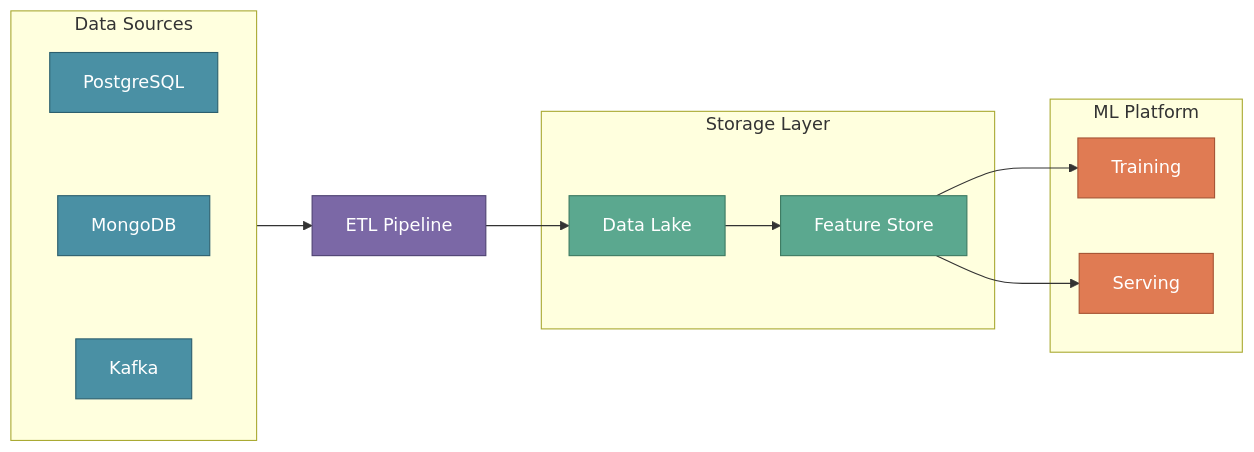
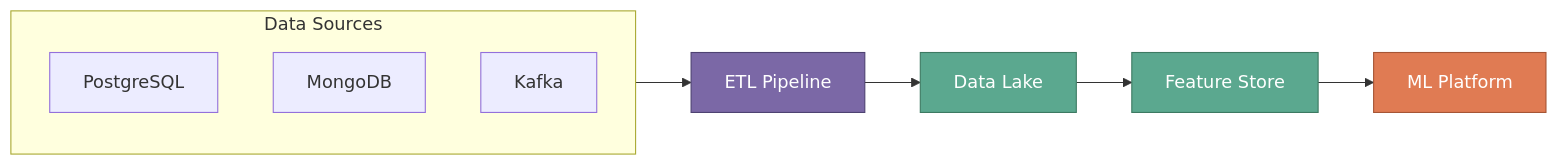
The second of 2 diagrams in docs/mlops/mlops-fundamentals/2-building-ml-team.md (vinaykagithapu/vinay.github.io), drawn with Mermaid before and after one commit. The commit also changed other lines of this file, not shown here.

````diff
--- a/docs/mlops/mlops-fundamentals/2-building-ml-team.md
+++ b/docs/mlops/mlops-fundamentals/2-building-ml-team.md
@@ -179,37 +98,20 @@
 ```mermaid
 flowchart LR
     subgraph sources[Data Sources]
-        direction TB
         PG[PostgreSQL]
         MG[MongoDB]
         KF[Kafka]
-        PG ~~~ MG ~~~ KF
     end
     
     ETL[ETL Pipeline]
+    DL[Data Lake]
+    FS[Feature Store]
+    ML[ML Platform]
     
-    subgraph storage[Storage Layer]
-        DL[Data Lake]
-        FS[Feature Store]
-    end
+    sources --> ETL --> DL --> FS --> ML
     
-    subgraph ml[ML Platform]
-        TR[Training]
-        SV[Serving]
-    end
-    
-    sources --> ETL
-    ETL --> DL
-    DL --> FS
-    FS --> TR
-    FS --> SV
-    
-    style PG fill:#4A90A4,stroke:#2C5F6E,color:#fff
-    style MG fill:#4A90A4,stroke:#2C5F6E,color:#fff
-    style KF fill:#4A90A4,stroke:#2C5F6E,color:#fff
     style ETL fill:#7B68A6,stroke:#4E4272,color:#fff
     style DL fill:#5BA88F,stroke:#3D7A62,color:#fff
     style FS fill:#5BA88F,stroke:#3D7A62,color:#fff
-    style TR fill:#E07B53,stroke:#A65535,color:#fff
-    style SV fill:#E07B53,stroke:#A65535,color:#fff
+    style ML fill:#E07B53,stroke:#A65535,color:#fff
 ```
````
